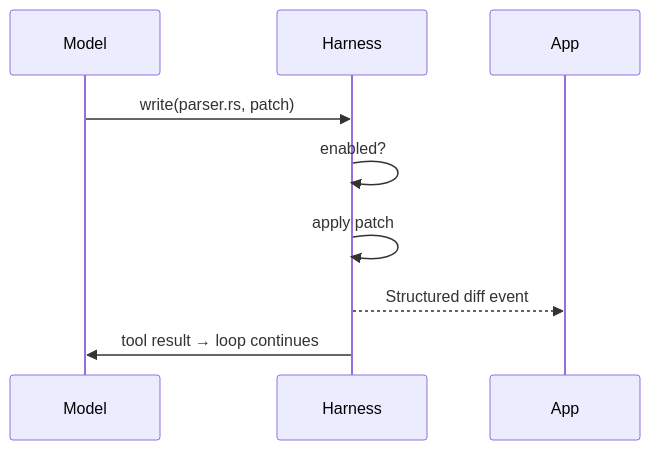
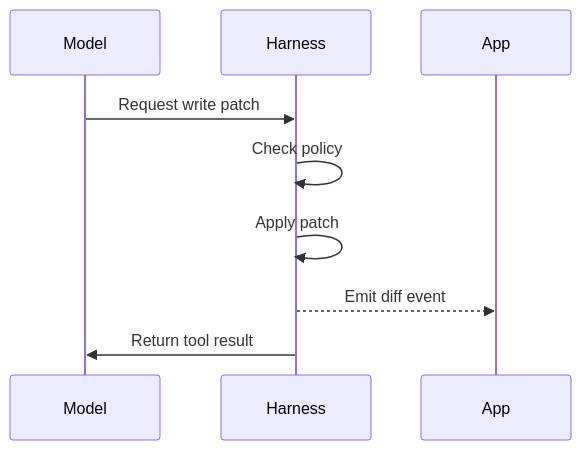
The fourth of 5 diagrams in docs/site/content/docs/architecture/ag-harness-design.md (agentty-xyz/agentty), drawn with Mermaid before and after one commit. The commit also changed other lines of this file and 1 other file, not shown here.

````diff
--- a/docs/site/content/docs/architecture/ag-harness-design.md
+++ b/docs/site/content/docs/architecture/ag-harness-design.md
@@ -181,11 +92,11 @@
 ```mermaid
 sequenceDiagram
     participant M as Model
     participant H as Harness
-    participant App
-    M->>H: write(parser.rs, patch)
-    H->>H: enabled?
-    H->>H: apply patch
-    H-->>App: Structured diff event
-    H->>M: tool result → loop continues
+    participant A as App
+    M->>H: Request write patch
+    H->>H: Check policy
+    H->>H: Apply patch
+    H-->>A: Emit diff event
+    H->>M: Return tool result
 ```
````
